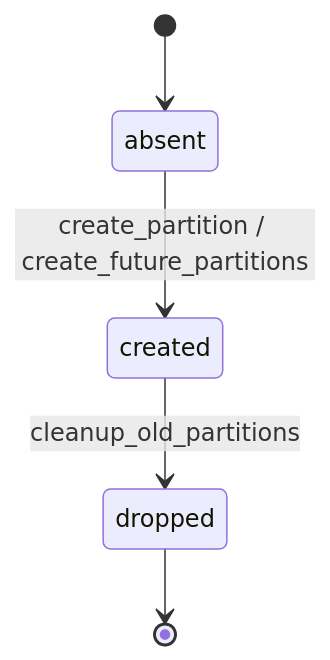
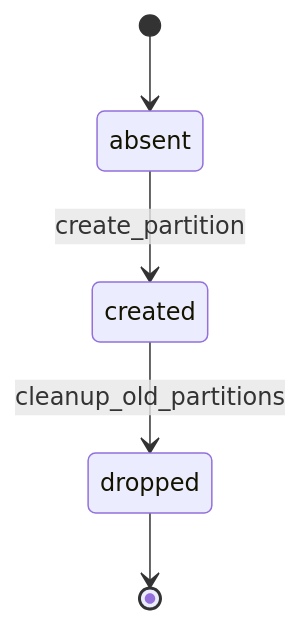
One commit to nyealovey/WhaleFall changed the sixth of 6 diagrams in docs/architecture/capacity-partitions-domain.md. Above: the diagram before and after it, drawn with Mermaid. The commit also changed other lines of this file and 24 other files, not shown here.

````diff
--- a/docs/architecture/capacity-partitions-domain.md
+++ b/docs/architecture/capacity-partitions-domain.md
@@ -185,7 +180,7 @@
 ```mermaid
 stateDiagram-v2
   [*] --> absent
-  absent --> created: create_partition / create_future_partitions
+  absent --> created: create_partition
   created --> dropped: cleanup_old_partitions
   dropped --> [*]
 ```
````
